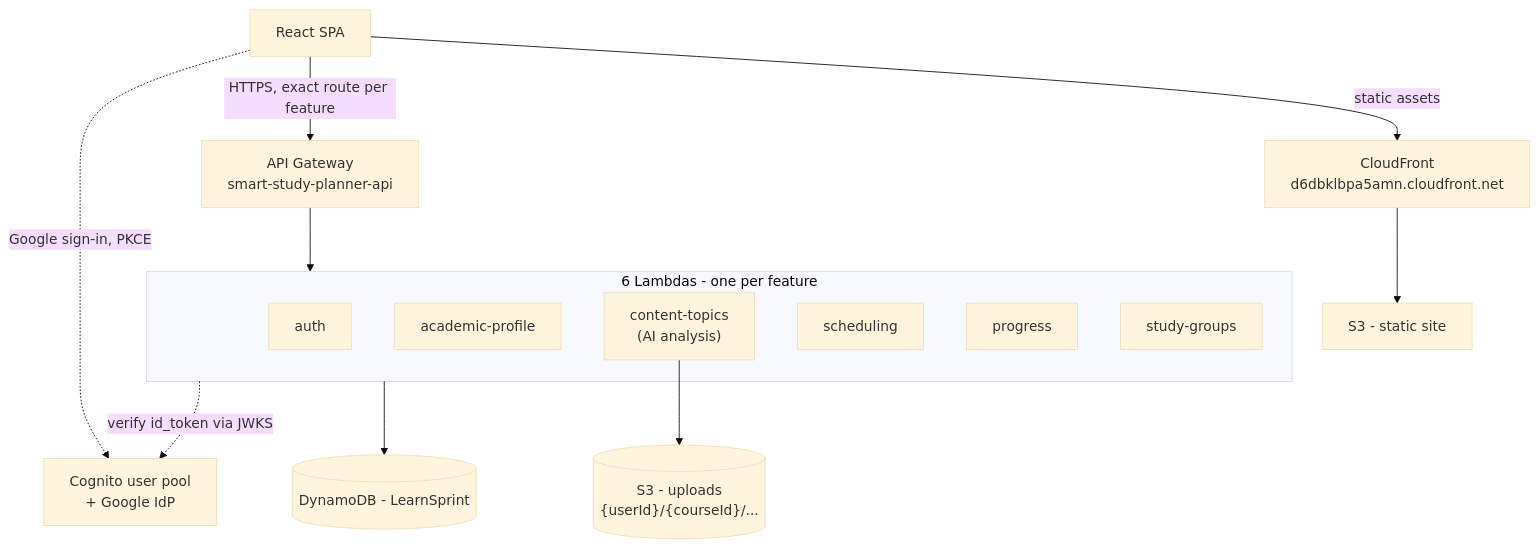
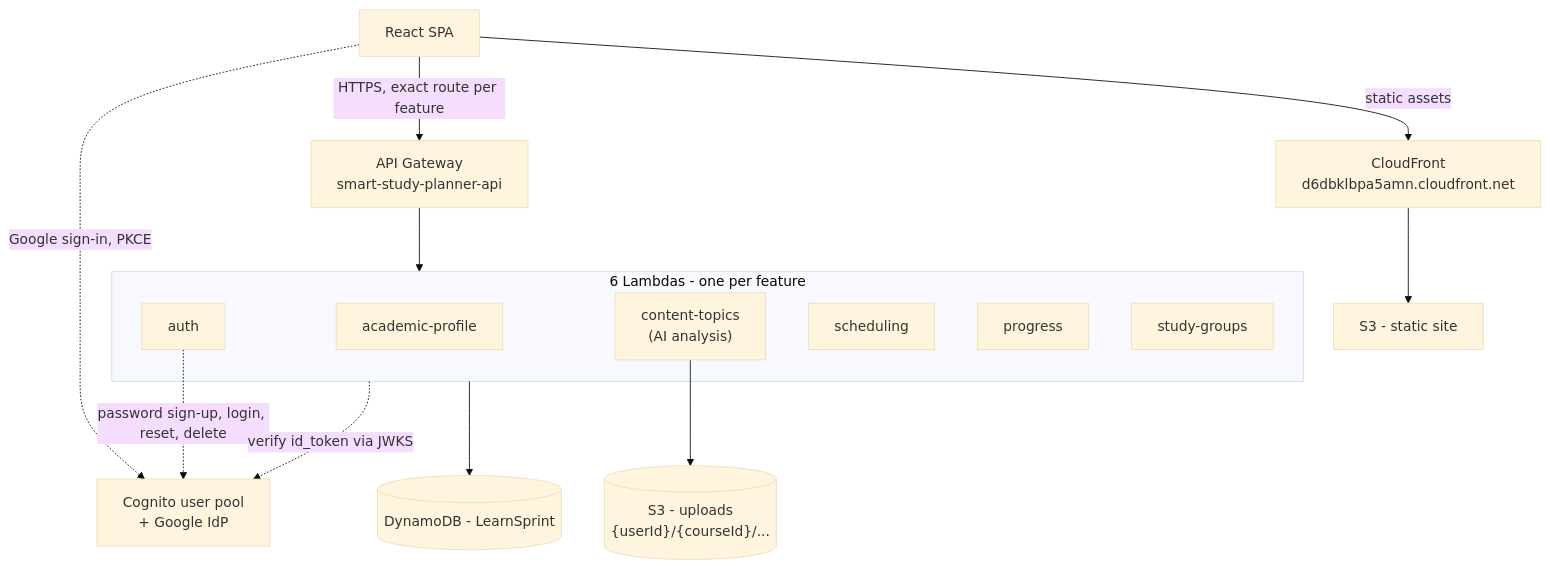
The diagram in docs/diagrams/deployment.md (barbh1913/LearnSprint-), drawn with Mermaid (base theme) before and after one commit. The commit also changed other lines of this file and 2 other files, not shown here.

Commit message:
Docs: Cognito setup for password accounts (deployment, README, diagram)

````diff
--- a/docs/diagrams/deployment.md
+++ b/docs/diagrams/deployment.md
@@ -27,27 +27,28 @@
 ```mermaid
 flowchart TB
     Browser["React SPA"]
     CF["CloudFront<br/>d6dbklbpa5amn.cloudfront.net"]
     S3F["S3 - static site"]
     GW["API Gateway<br/>smart-study-planner-api"]
 
     subgraph Lambdas["6 Lambdas - one per feature"]
         LAuth["auth"]
         LProfile["academic-profile"]
         LTopics["content-topics<br/>(AI analysis)"]
         LSchedule["scheduling"]
         LProgress["progress"]
         LGroups["study-groups"]
     end
 
     DDB[("DynamoDB - LearnSprint")]
     S3U[("S3 - uploads<br/>{userId}/{courseId}/...")]
     Cognito["Cognito user pool<br/>+ Google IdP"]
 
     Browser -->|static assets| CF --> S3F
     Browser -->|HTTPS, exact route per feature| GW --> Lambdas
     Lambdas --> DDB
     LTopics --> S3U
     Browser -.->|Google sign-in, PKCE| Cognito
+    LAuth -.->|password sign-up, login, reset, delete| Cognito
     Lambdas -.->|verify id_token via JWKS| Cognito
 ```
````
